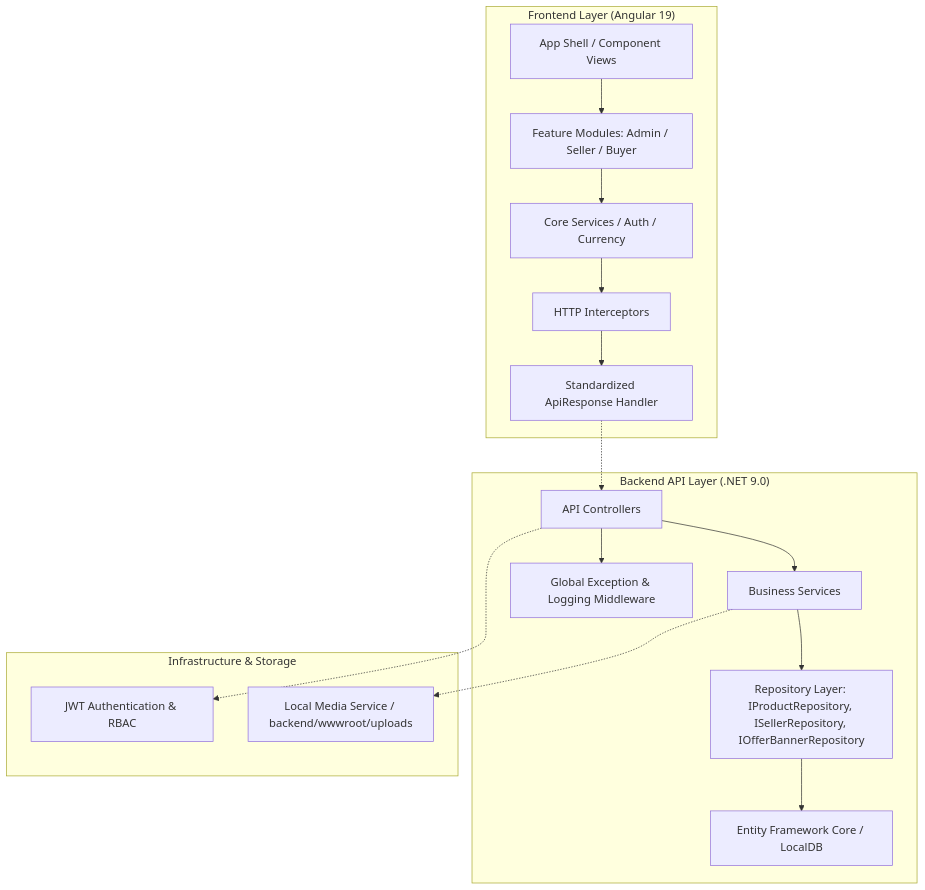
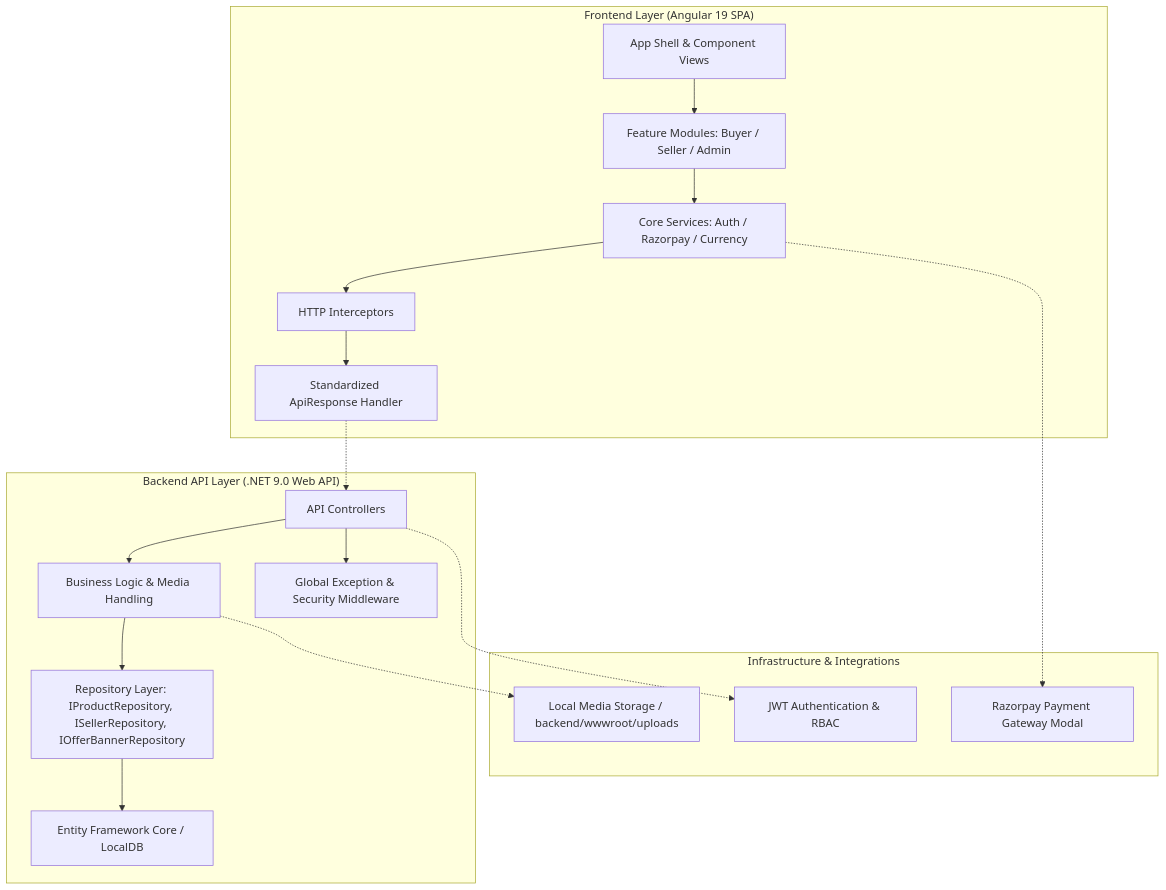
Before and after one commit to prakashinfotech/merxo-sell: the diagram in README.md, drawn with Mermaid. The commit also changed other lines of this file and 4 other files, not shown here.

````diff
--- a/README.md
+++ b/README.md
@@ -16,25 +35,27 @@
 ```mermaid
 graph TD
-    subgraph "Frontend Layer (Angular 19)"
-        UI[App Shell / Component Views] --> FM[Feature Modules: Admin / Seller / Buyer]
-        FM --> Core[Core Services / Auth / Currency]
+    subgraph "Frontend Layer (Angular 19 SPA)"
+        UI[App Shell & Component Views] --> FM[Feature Modules: Buyer / Seller / Admin]
+        FM --> Core[Core Services: Auth / Razorpay / Currency]
         Core --> Interceptors[HTTP Interceptors]
         Interceptors --> API_Client[Standardized ApiResponse Handler]
     end
 
-    subgraph "Backend API Layer (.NET 9.0)"
-        Controllers[API Controllers] --> Services[Business Services]
+    subgraph "Backend API Layer (.NET 9.0 Web API)"
+        Controllers[API Controllers] --> Services[Business Logic & Media Handling]
         Services --> Repos[Repository Layer: IProductRepository, ISellerRepository, IOfferBannerRepository]
         Repos --> EFCore[Entity Framework Core / LocalDB]
-        Controllers --> Middleware[Global Exception & Logging Middleware]
+        Controllers --> Middleware[Global Exception & Security Middleware]
     end
 
-    subgraph "Infrastructure & Storage"
-        Uploads[Local Media Service / backend/wwwroot/uploads]
+    subgraph "Infrastructure & Integrations"
+        Razorpay[Razorpay Payment Gateway Modal]
+        Uploads[Local Media Storage / backend/wwwroot/uploads]
         JWT[JWT Authentication & RBAC]
     end
 
     API_Client -.-> Controllers
     Services -.-> Uploads
+    Core -.-> Razorpay
     Controllers -.-> JWT
 ```
````
